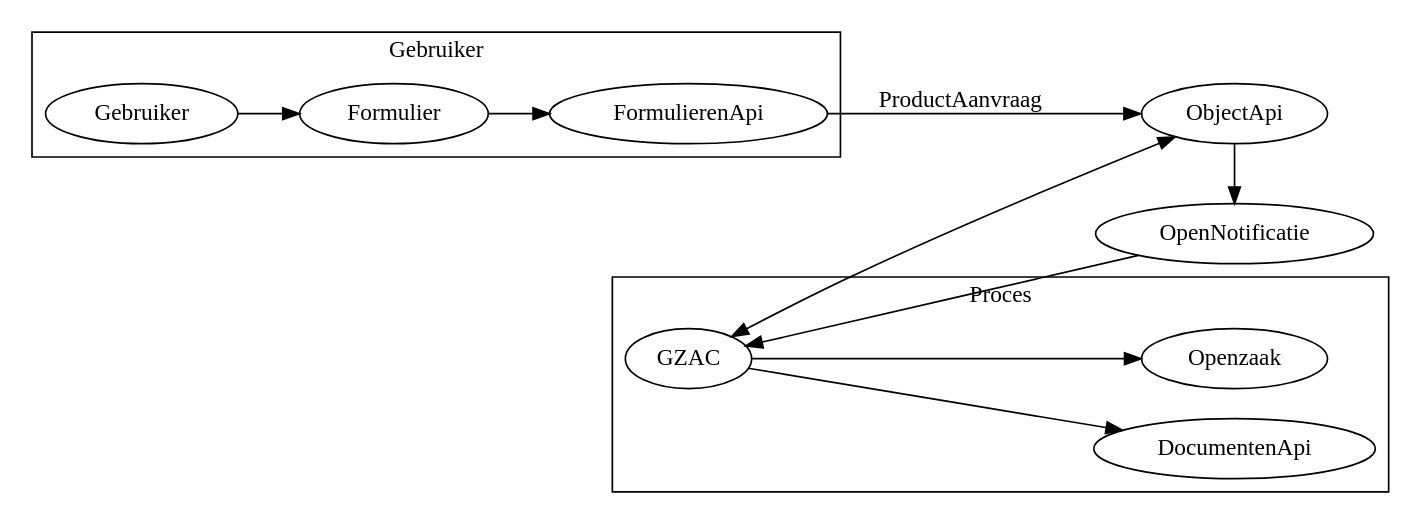
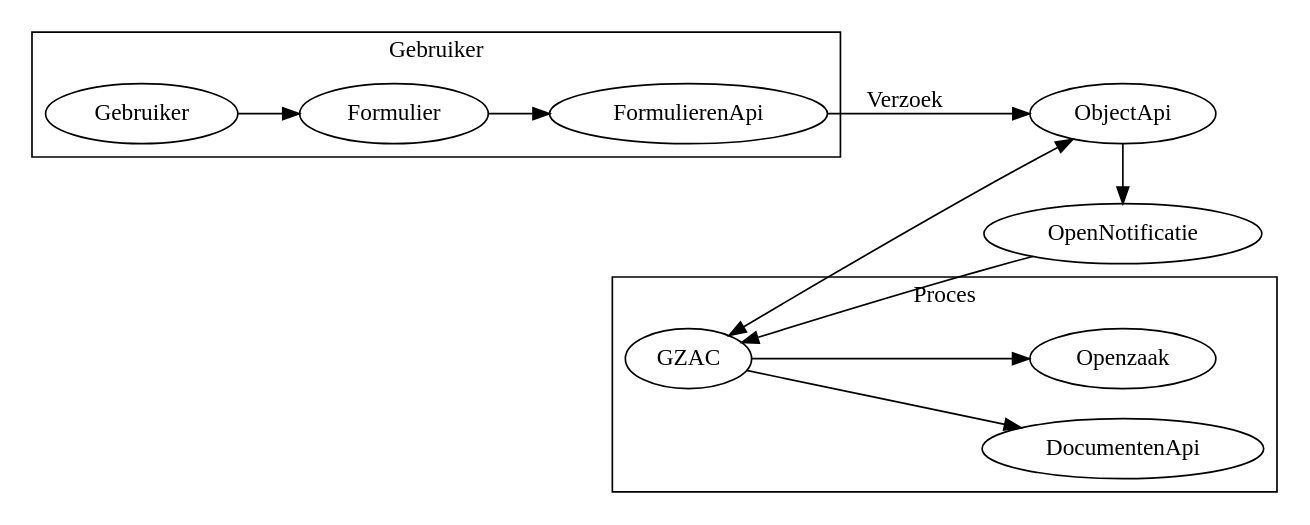
Before and after one commit to Gemeente-DenHaag/referentie-common-ground-implementatie: the diagram in images/graphviz/productaanvraag.dot, drawn with Graphviz. The commit also changed 3 other files, not shown here.

```diff
--- a/images/graphviz/productaanvraag.dot
+++ b/images/graphviz/productaanvraag.dot
@@ -1,21 +1,21 @@
    digraph {
         rankdir="LR";
 
         subgraph subs{
             rank =same;
             "ObjectApi"->"OpenNotificatie";  
         }
         subgraph cluster_0 {
             label = "Gebruiker";
             "Gebruiker" -> "Formulier";
             "Formulier" -> "FormulierenApi";
-            "FormulierenApi" -> "ObjectApi"[label="ProductAanvraag"];
+            "FormulierenApi" -> "ObjectApi"[label="Verzoek"];
         }
         subgraph cluster_1 {
             label = "Proces";
             "OpenNotificatie"->"GZAC";
             "GZAC"->"ObjectApi"[dir=both];
             "GZAC"->"DocumentenApi";
             "GZAC"->"Openzaak";
         }
    }
```
